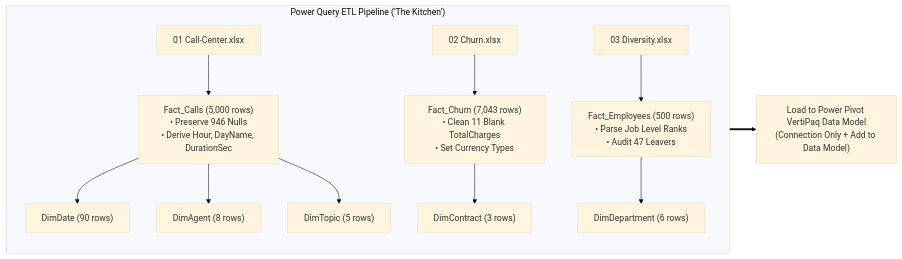
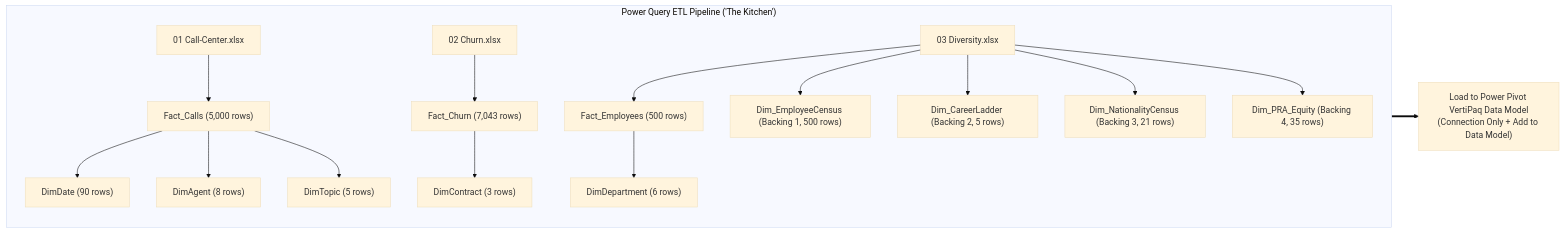
Before and after one commit to Sohila-Khaled-Abbas/COURSE-EXCEL-ZERO-TO-HERO: the second of 3 diagrams in 06_Projects/Call Center Performance Analysis/Master Project Guidance Manual.md, drawn with Mermaid (base theme). The commit also changed other lines of this file and 5 other files, not shown here.

````diff
--- a/06_Projects/Call Center Performance Analysis/Master Project Guidance Manual.md
+++ b/06_Projects/Call Center Performance Analysis/Master Project Guidance Manual.md
@@ -143,18 +154,22 @@
 ```mermaid
 flowchart LR
     subgraph Kitchen ["Power Query ETL Pipeline ('The Kitchen')"]
         direction TB
-        F1["01 Call-Center.xlsx"] --> ETL1["Fact_Calls (5,000 rows)\n• Preserve 946 Nulls\n• Derive Hour, DayName, DurationSec"]
+        F1["01 Call-Center.xlsx"] --> ETL1["Fact_Calls (5,000 rows)"]
         ETL1 --> D1["DimDate (90 rows)"]
         ETL1 --> D2["DimAgent (8 rows)"]
         ETL1 --> D3["DimTopic (5 rows)"]
 
-        F2["02 Churn.xlsx"] --> ETL2["Fact_Churn (7,043 rows)\n• Clean 11 Blank TotalCharges\n• Set Currency Types"]
+        F2["02 Churn.xlsx"] --> ETL2["Fact_Churn (7,043 rows)"]
         ETL2 --> D4["DimContract (3 rows)"]
 
-        F3["03 Diversity.xlsx"] --> ETL3["Fact_Employees (500 rows)\n• Parse Job Level Ranks\n• Audit 47 Leavers"]
+        F3["03 Diversity.xlsx"] --> ETL3["Fact_Employees (500 rows)"]
+        F3 --> B1["Dim_EmployeeCensus (Backing 1, 500 rows)"]
+        F3 --> B2["Dim_CareerLadder (Backing 2, 5 rows)"]
+        F3 --> B3["Dim_NationalityCensus (Backing 3, 21 rows)"]
+        F3 --> B4["Dim_PRA_Equity (Backing 4, 35 rows)"]
         ETL3 --> D5["DimDepartment (6 rows)"]
     end
 
     Kitchen ==> VertiPaq["Load to Power Pivot VertiPaq Data Model\n(Connection Only + Add to Data Model)"]
 ```
````
